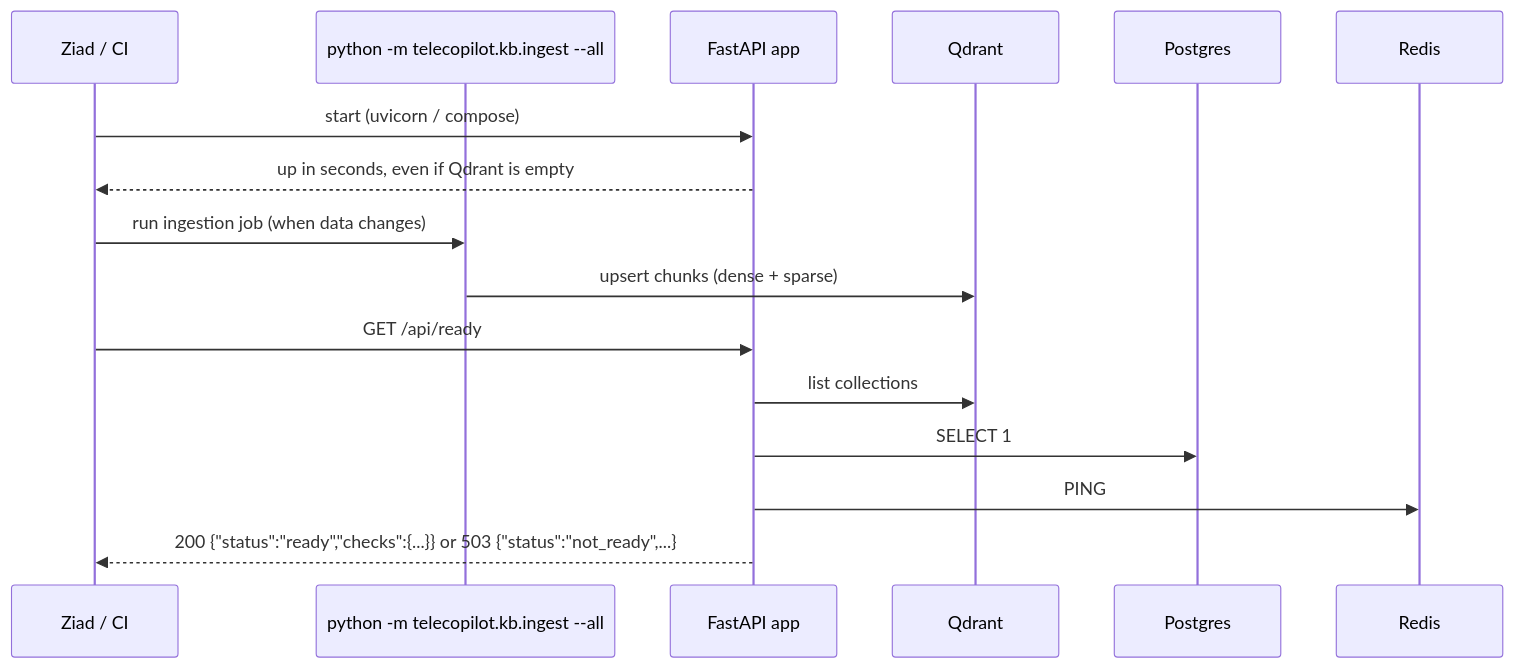
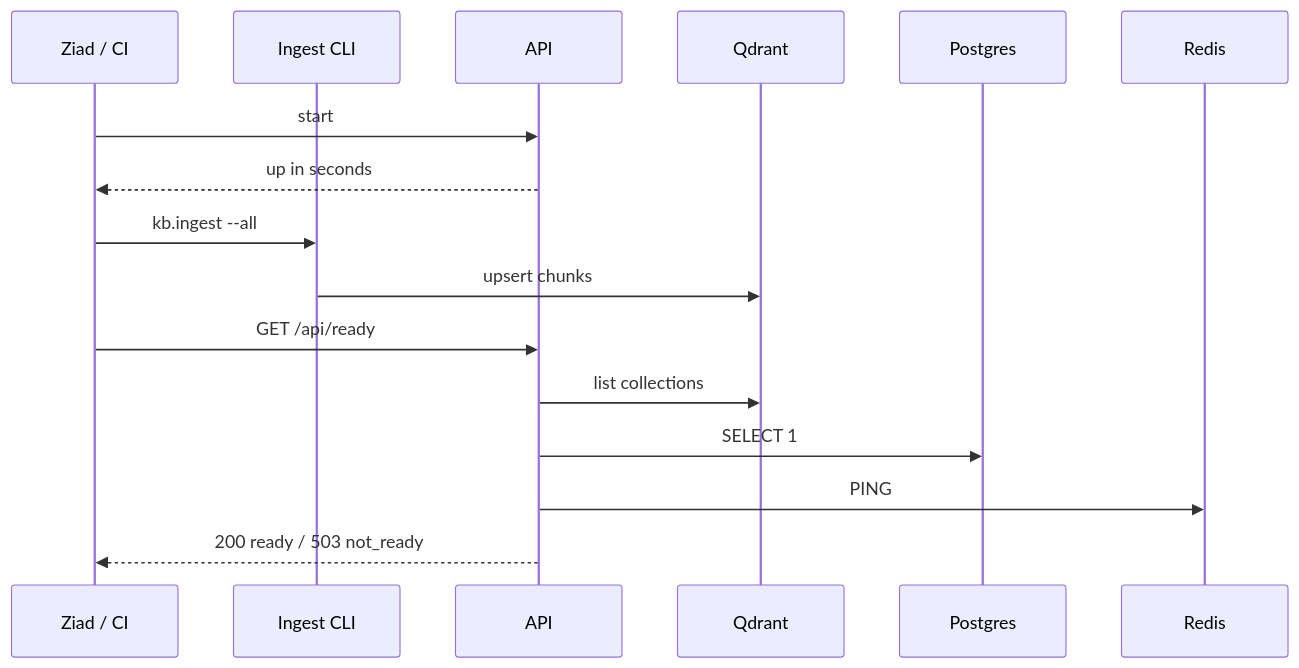
Before and after one commit to Ziadashraf301/TeleCopilot-AI: the second of 5 diagrams in docs/design/M0-foundation.md, drawn with Mermaid. The commit also changed other lines of this file and 2 other files, not shown here.

Commit message:
S01-09: Readable M0 diagrams, design-pack diagram rules, S02-05 housekeeping ticket, Arabic learning guide

````diff
--- a/docs/design/M0-foundation.md
+++ b/docs/design/M0-foundation.md
@@ -148,18 +147,19 @@
 ```mermaid
+%%{init: {"themeVariables": {"fontSize": "18px"}}}%%
 sequenceDiagram
   participant Dev as Ziad / CI
-  participant CLI as python -m telecopilot.kb.ingest --all
-  participant API as FastAPI app
+  participant CLI as Ingest CLI
+  participant API
   participant Q as Qdrant
   participant P as Postgres
   participant R as Redis
-  Dev->>API: start (uvicorn / compose)
-  API-->>Dev: up in seconds, even if Qdrant is empty
-  Dev->>CLI: run ingestion job (when data changes)
-  CLI->>Q: upsert chunks (dense + sparse)
+  Dev->>API: start
+  API-->>Dev: up in seconds
+  Dev->>CLI: kb.ingest --all
+  CLI->>Q: upsert chunks
   Dev->>API: GET /api/ready
   API->>Q: list collections
   API->>P: SELECT 1
   API->>R: PING
-  API-->>Dev: 200 {"status":"ready","checks":{...}} or 503 {"status":"not_ready",...}
+  API-->>Dev: 200 ready / 503 not_ready
 ```
````
